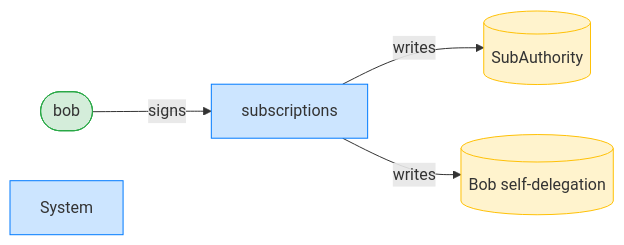
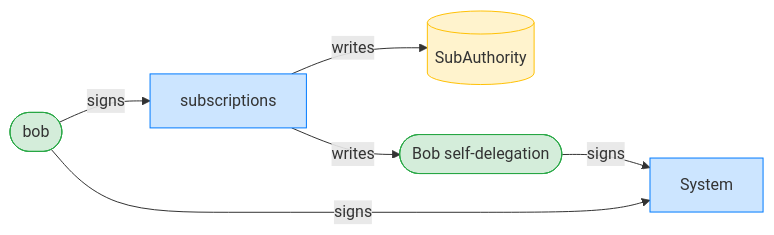
One commit to cds-rs/subscriptions changed diagram 15 of 16 in dsl_tests/recurring-transfer-delegator-mismatch-exploit-is-blocked.md. Above: the diagram before and after it, drawn with Mermaid. The commit also changed other lines of this file and 224 other files, not shown here.

````diff
--- a/dsl_tests/recurring-transfer-delegator-mismatch-exploit-is-blocked.md
+++ b/dsl_tests/recurring-transfer-delegator-mismatch-exploit-is-blocked.md
@@ -286,14 +300,16 @@
 ```mermaid
 flowchart LR
     classDef signer fill:#d4edda,stroke:#28a745;
     classDef program fill:#cce5ff,stroke:#007bff;
     classDef writable fill:#fff3cd,stroke:#ffc107;
     subscriptions[subscriptions]:::program
     bob([bob]):::signer
     SubAuthority[(SubAuthority)]:::writable
-    Bob_self_delegation[("Bob self-delegation")]:::writable
+    Bob_self_delegation(["Bob self-delegation"]):::signer
     System[System]:::program
     bob -->|signs| subscriptions
+    bob -->|signs| System
+    Bob_self_delegation -->|signs| System
     subscriptions -->|writes| SubAuthority
     subscriptions -->|writes| Bob_self_delegation
 ```
````
